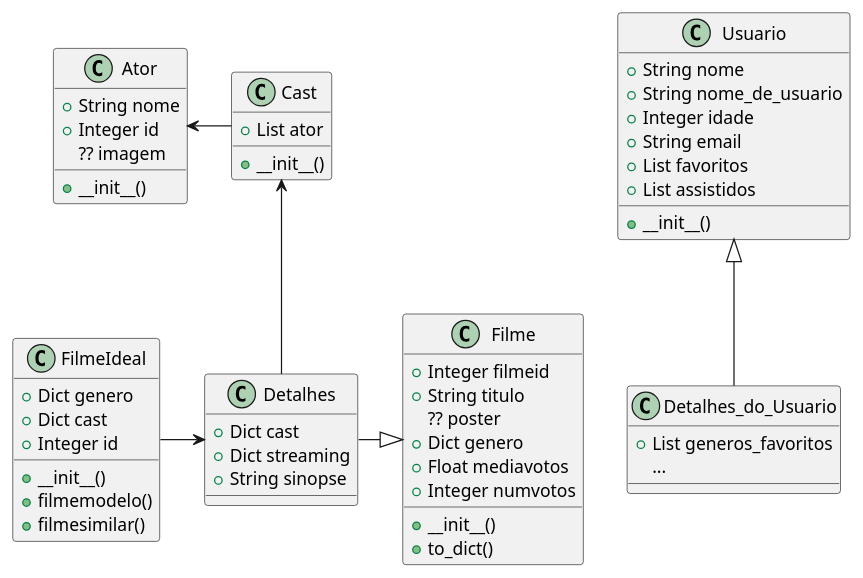
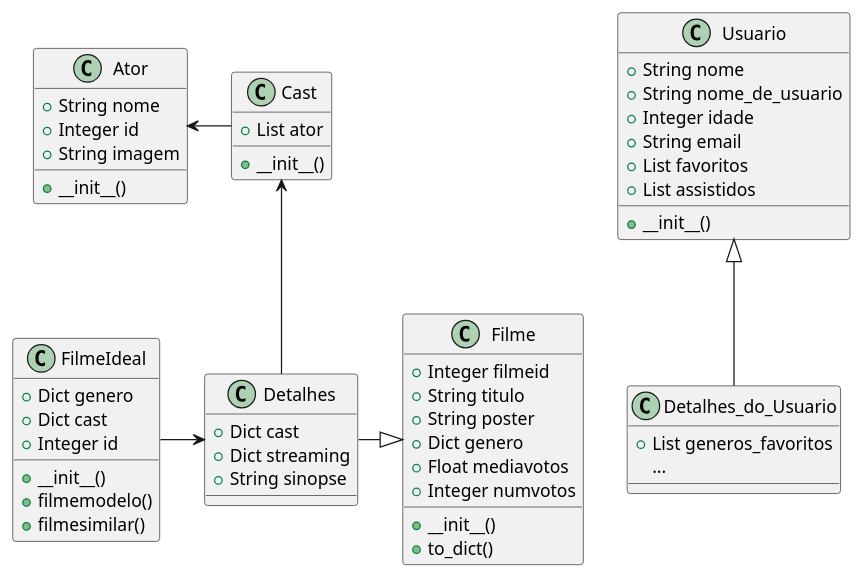
One commit to isadora-yasmim/ms_20242_g3 changed the diagram in diagrama_de_classes.plantuml. Above: the diagram before and after it, drawn with PlantUML.

```diff
--- a/diagrama_de_classes.plantuml
+++ b/diagrama_de_classes.plantuml
@@ -1,64 +1,64 @@
 @startuml Diagrama_de_Classses_KlimaX
         class Filme {
                 +Integer filmeid
                 +String titulo
-                ?? poster
+                +String poster
                 +Dict genero
                 +Float mediavotos
                 +Integer numvotos
 
                 +__init__()
                 +to_dict()
         }
 
         class Detalhes{
                 +Dict cast
                 +Dict streaming
                 +String sinopse
 
 
         }
 
         class Cast{
                 +List ator
                 +__init__()
         }
 
         class Ator {
                 +String nome
                 +Integer id
-                ?? imagem
+                +String imagem
                 +__init__()
         }
 
         class Usuario {
                 +String nome
                 +String nome_de_usuario
                 +Integer idade
                 +String email
                 +List favoritos
                 +List assistidos
                 +__init__()
         }
         class FilmeIdeal {
                 +Dict genero
                 +Dict cast
                 +Integer id
 
                 +__init__()
                 +filmemodelo()
                 +filmesimilar()
         }
 
         class Detalhes_do_Usuario extends Usuario {
                 +List generos_favoritos
                 ...
 
         }
 
         FilmeIdeal -> Detalhes
         Detalhes -|> Filme
         Cast <-- Detalhes
         Ator <- Cast
 
 @enduml
```
